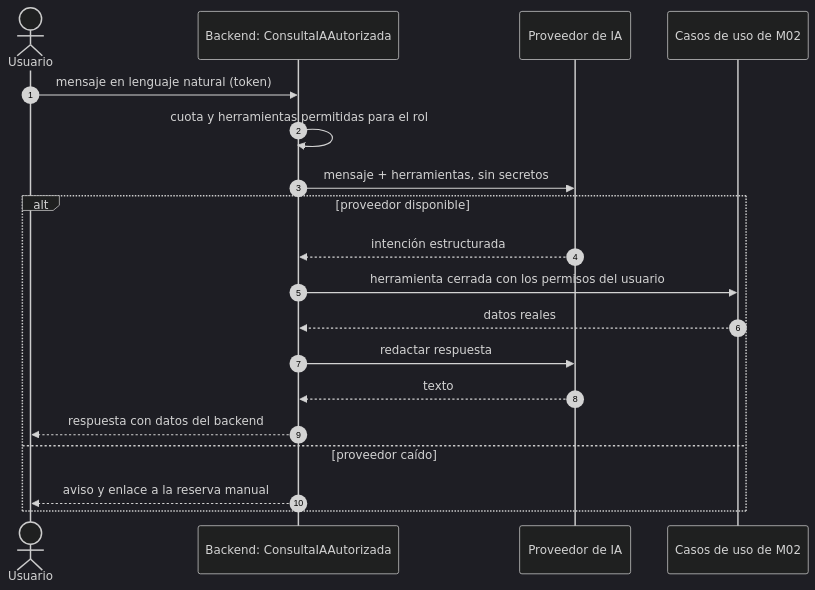
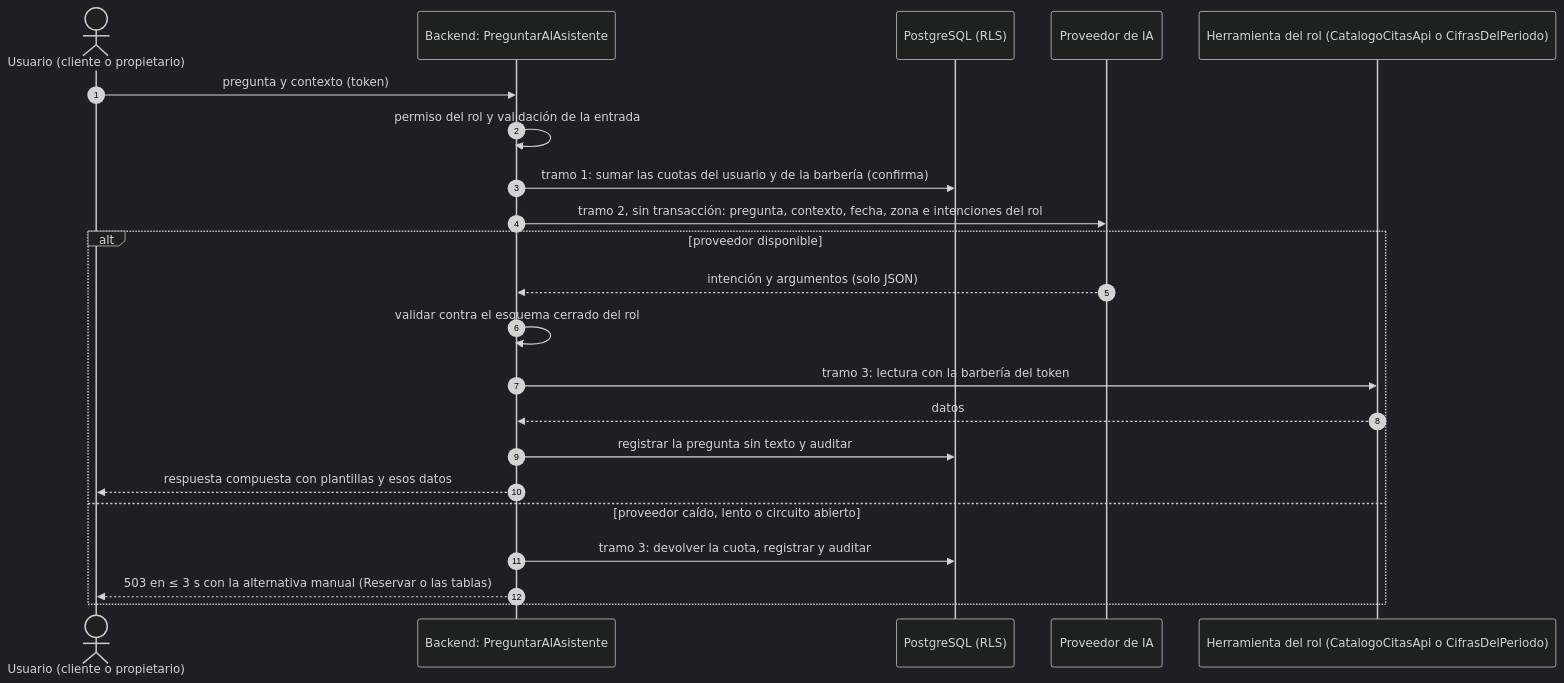
Before and after one commit to semcham/proyecto-final-barberia-ayacucho: the sixth of 9 diagrams in docs/03-diseño-de-software/diseño-interno/diseño-interno-de-modulos.md, drawn with Mermaid (dark theme). The commit also changed other lines of this file and 37 other files, not shown here.

Commit message:
docs(005): cierre de documentación del asistente de IA y reportes (fase 5)

````diff
--- a/docs/03-diseño-de-software/diseño-interno/diseño-interno-de-modulos.md
+++ b/docs/03-diseño-de-software/diseño-interno/diseño-interno-de-modulos.md
@@ -312,21 +322,24 @@
 ```mermaid
 sequenceDiagram
     autonumber
-    actor U as Usuario
-    participant API as Backend: ConsultaIAAutorizada
+    actor U as Usuario (cliente o propietario)
+    participant API as Backend: PreguntarAlAsistente
+    participant BD as PostgreSQL (RLS)
     participant IA as Proveedor de IA
-    participant M02 as Casos de uso de M02
-    U->>API: mensaje en lenguaje natural (token)
-    API->>API: cuota y herramientas permitidas para el rol
-    API->>IA: mensaje + herramientas, sin secretos
+    participant H as Herramienta del rol (CatalogoCitasApi o CifrasDelPeriodo)
+    U->>API: pregunta y contexto (token)
+    API->>API: permiso del rol y validación de la entrada
+    API->>BD: tramo 1: sumar las cuotas del usuario y de la barbería (confirma)
+    API->>IA: tramo 2, sin transacción: pregunta, contexto, fecha, zona e intenciones del rol
     alt proveedor disponible
-        IA-->>API: intención estructurada
-        API->>M02: herramienta cerrada con los permisos del usuario
-        M02-->>API: datos reales
-        API->>IA: redactar respuesta
-        IA-->>API: texto
-        API-->>U: respuesta con datos del backend
-    else proveedor caído
-        API-->>U: aviso y enlace a la reserva manual
+        IA-->>API: intención y argumentos (solo JSON)
+        API->>API: validar contra el esquema cerrado del rol
+        API->>H: tramo 3: lectura con la barbería del token
+        H-->>API: datos
+        API->>BD: registrar la pregunta sin texto y auditar
+        API-->>U: respuesta compuesta con plantillas y esos datos
+    else proveedor caído, lento o circuito abierto
+        API->>BD: tramo 3: devolver la cuota, registrar y auditar
+        API-->>U: 503 en ≤ 3 s con la alternativa manual (Reservar o las tablas)
     end
 ```
````
